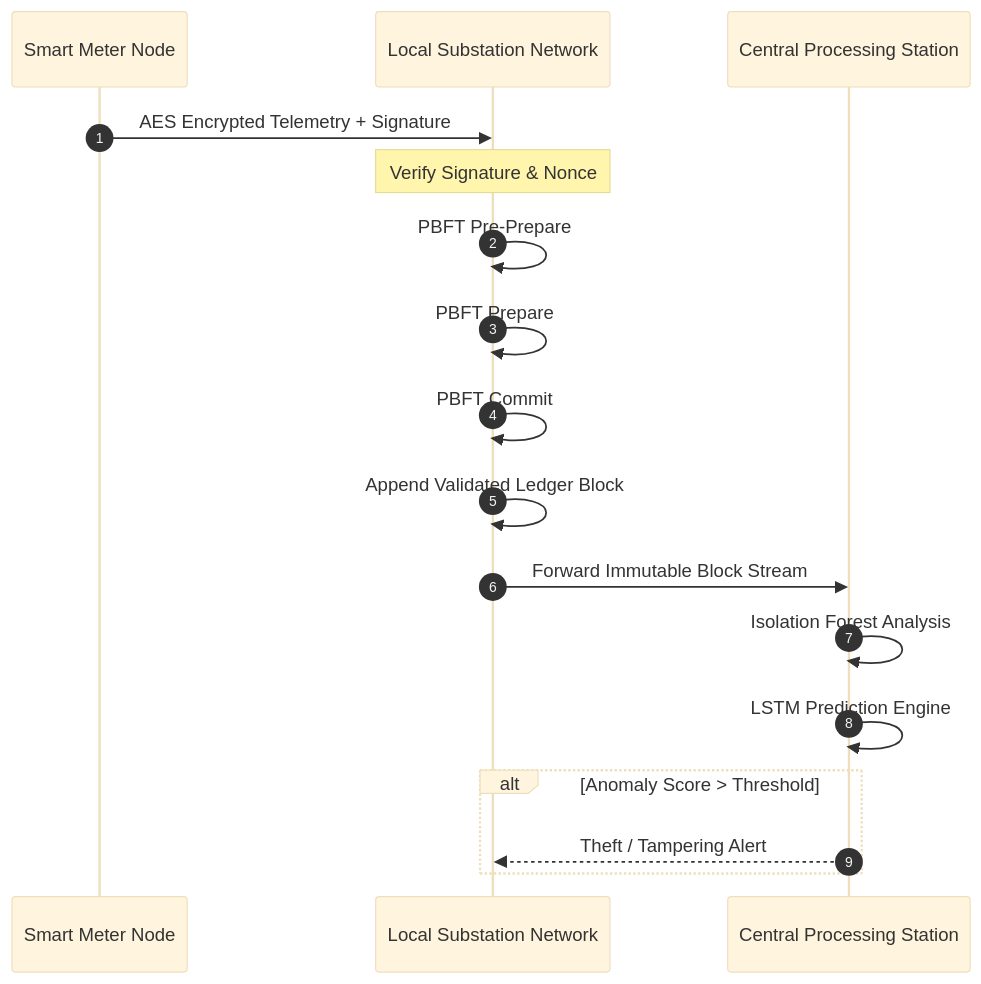
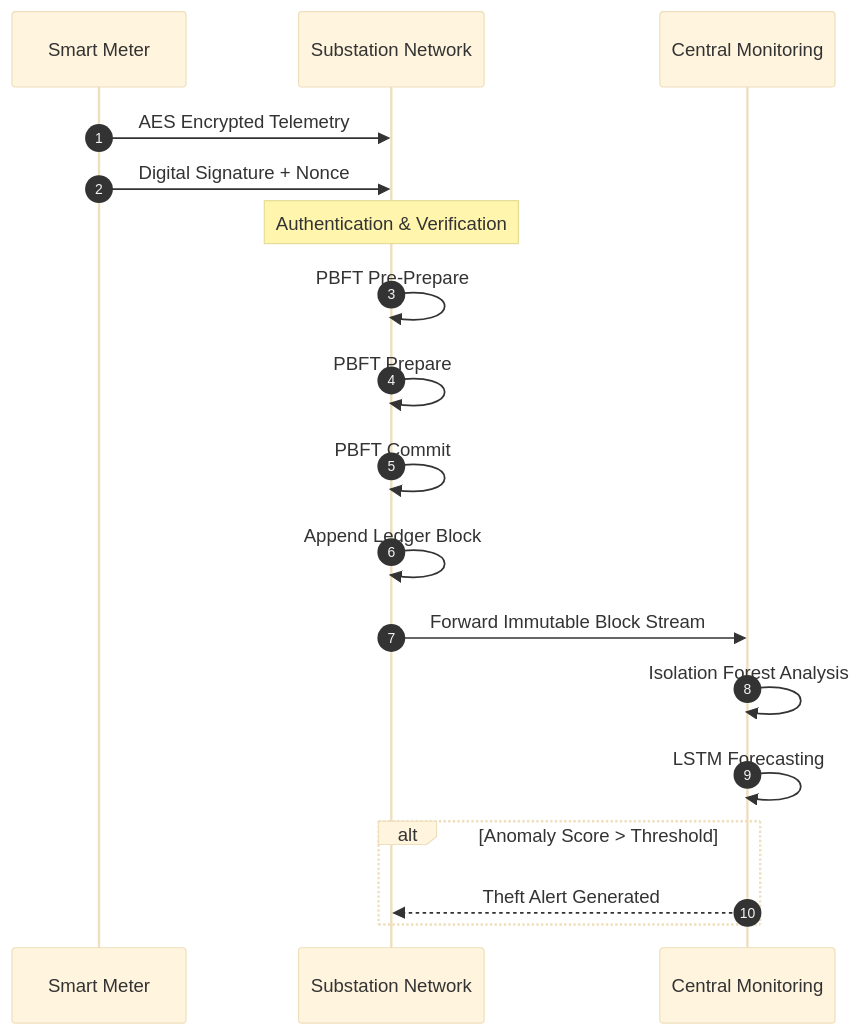
The second of 2 diagrams in README.md (SAMEER-MLPROJECT/AI_ANTI-THEFT_SYSTEM), drawn with Mermaid (base theme) before and after one commit. The commit also changed other lines of this file, not shown here.

````diff
--- a/README.md
+++ b/README.md
@@ -60,26 +119,28 @@
 ```mermaid
 sequenceDiagram
     autonumber
 
-    participant Meter as Smart Meter Node
-    participant Substation as Local Substation Network
-    participant Central as Central Processing Station
+    participant Meter as Smart Meter
+    participant Substation as Substation Network
+    participant Central as Central Monitoring
 
-    Meter->>Substation: AES Encrypted Telemetry + Signature
-    Note over Substation: Verify Signature & Nonce
+    Meter->>Substation: AES Encrypted Telemetry
+    Meter->>Substation: Digital Signature + Nonce
+
+    Note over Substation: Authentication & Verification
 
     Substation->>Substation: PBFT Pre-Prepare
     Substation->>Substation: PBFT Prepare
     Substation->>Substation: PBFT Commit
 
-    Substation->>Substation: Append Validated Ledger Block
+    Substation->>Substation: Append Ledger Block
 
     Substation->>Central: Forward Immutable Block Stream
 
     Central->>Central: Isolation Forest Analysis
-    Central->>Central: LSTM Prediction Engine
+    Central->>Central: LSTM Forecasting
 
     alt Anomaly Score > Threshold
-        Central-->>Substation: Theft / Tampering Alert
+        Central-->>Substation: Theft Alert Generated
     end
 ```
````
